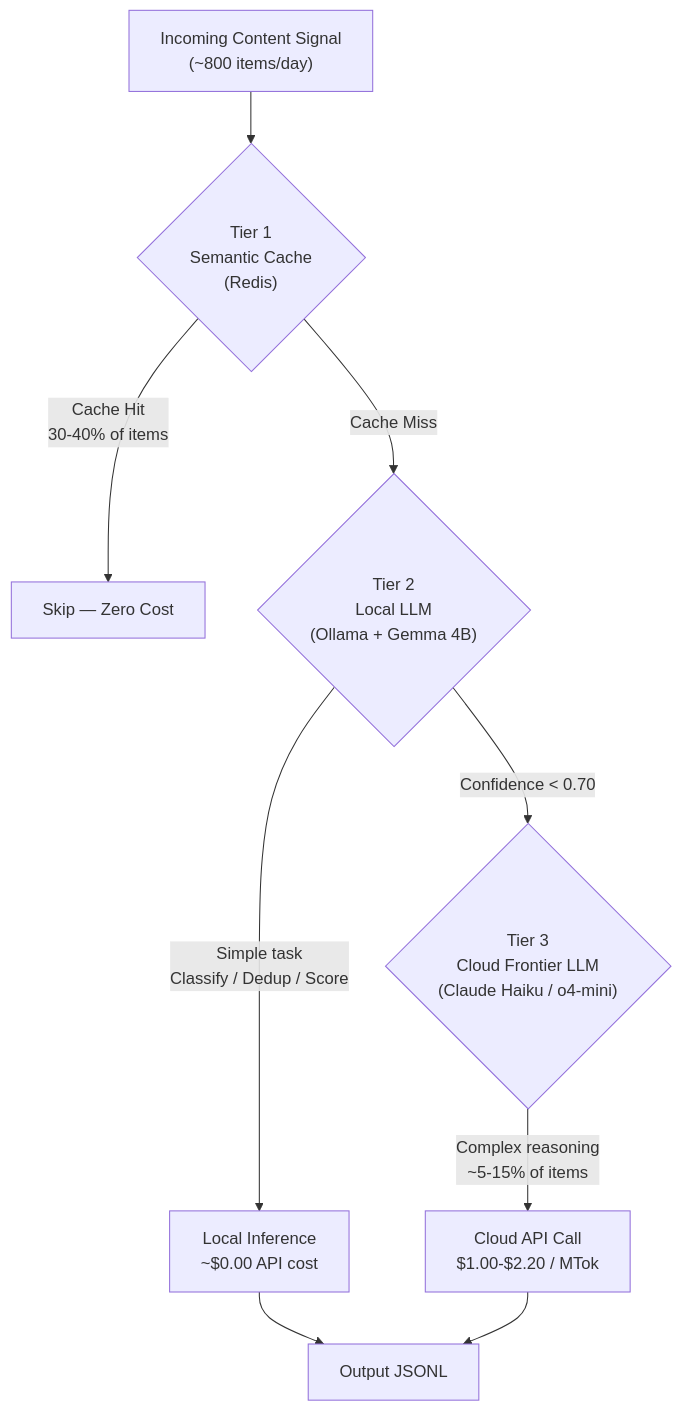
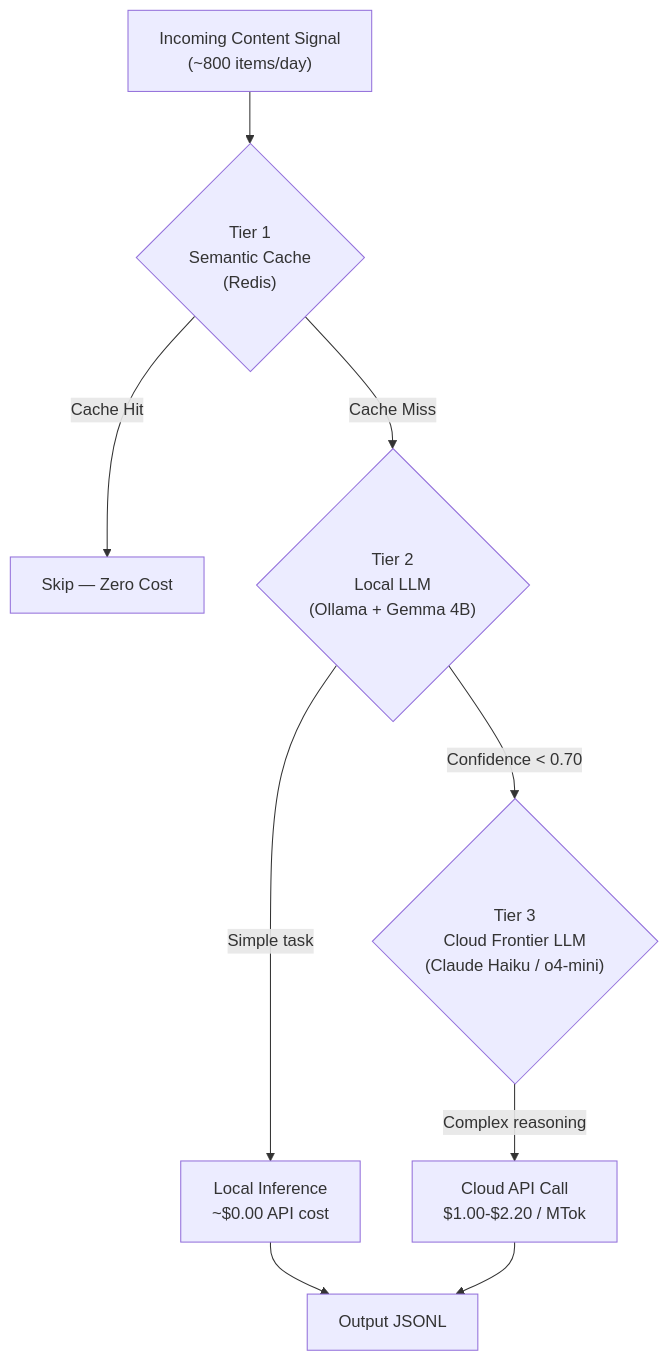
Before and after one commit to vesviet/vesviet: the third of 4 diagrams in content/posts/architecting-an-autonomous-hybrid-ai-content-pipeline.md, drawn with Mermaid. The commit also changed other lines of this file and 160 other files, not shown here.

````diff
--- a/content/posts/architecting-an-autonomous-hybrid-ai-content-pipeline.md
+++ b/content/posts/architecting-an-autonomous-hybrid-ai-content-pipeline.md
@@ -108,11 +109,11 @@
 ```mermaid
 flowchart TD
     A["Incoming Content Signal\n(~800 items/day)"] --> B{"Tier 1\nSemantic Cache\n(Redis)"}
-    B -- "Cache Hit\n30-40% of items" --> Z["Skip — Zero Cost"]
+    B -- "Cache Hit" --> Z["Skip — Zero Cost"]
     B -- "Cache Miss" --> C{"Tier 2\nLocal LLM\n(Ollama + Gemma 4B)"}
-    C -- "Simple task\nClassify / Dedup / Score" --> D["Local Inference\n~$0.00 API cost"]
+    C -- "Simple task" --> D["Local Inference\n~$0.00 API cost"]
     C -- "Confidence < 0.70" --> E{"Tier 3\nCloud Frontier LLM\n(Claude Haiku / o4-mini)"}
-    E -- "Complex reasoning\n~5-15% of items" --> F["Cloud API Call\n$1.00-$2.20 / MTok"]
+    E -- "Complex reasoning" --> F["Cloud API Call\n$1.00-$2.20 / MTok"]
     D --> G["Output JSONL"]
     F --> G
 ```
````
